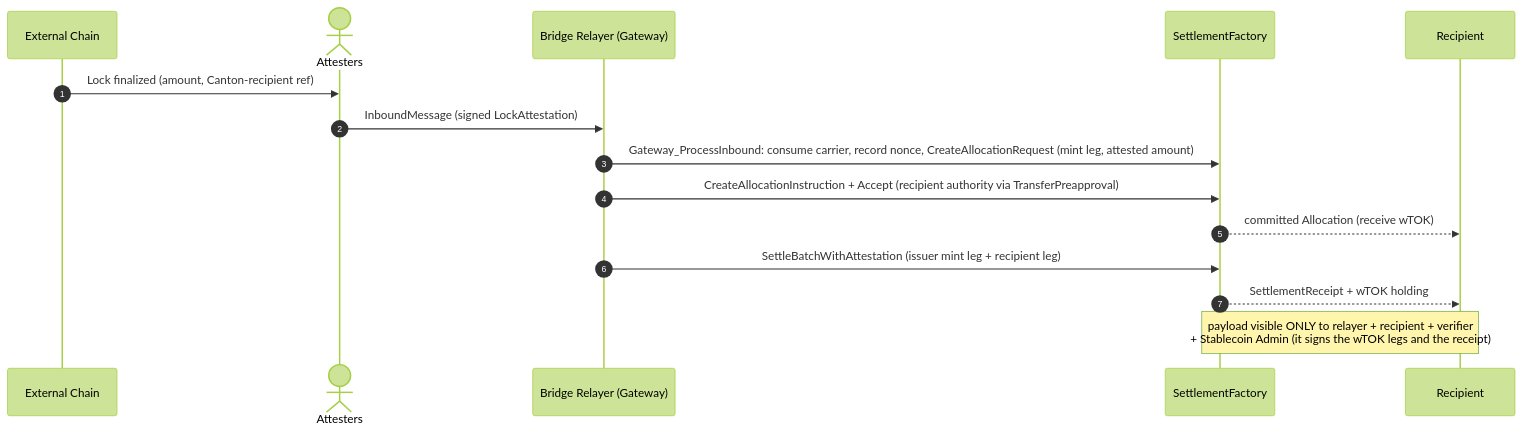
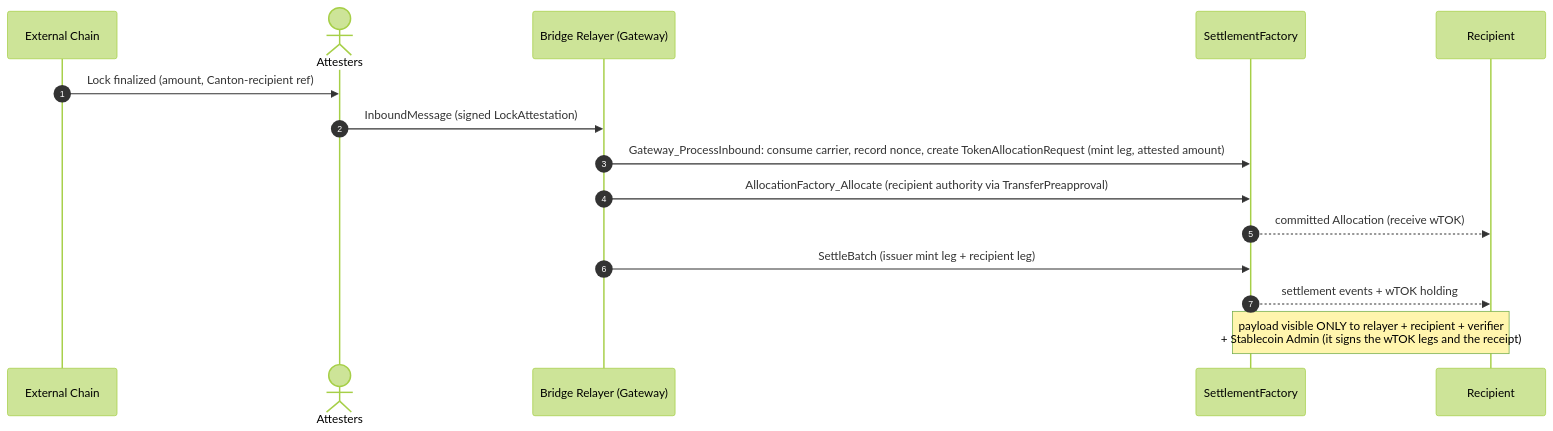
The fifth of 5 diagrams in docs/reference-architectures/cross-chain-stablecoin.md (OpenZeppelin/canton-specs), drawn with Mermaid (forest theme) before and after one commit. The commit also changed other lines of this file and 4 other files, not shown here.

````diff
--- a/docs/reference-architectures/cross-chain-stablecoin.md
+++ b/docs/reference-architectures/cross-chain-stablecoin.md
@@ -240,18 +240,18 @@
 ```mermaid
 sequenceDiagram
     autonumber
     participant Ext as External Chain
     actor Attesters
     participant Relayer as Bridge Relayer (Gateway)
     participant SettleFactory as SettlementFactory
     participant Recipient
 
     Ext->>Attesters: Lock finalized (amount, Canton-recipient ref)
     Attesters->>Relayer: InboundMessage (signed LockAttestation)
-    Relayer->>SettleFactory: Gateway_ProcessInbound: consume carrier, record nonce, CreateAllocationRequest (mint leg, attested amount)
-    Relayer->>SettleFactory: CreateAllocationInstruction + Accept (recipient authority via TransferPreapproval)
+    Relayer->>SettleFactory: Gateway_ProcessInbound: consume carrier, record nonce, create TokenAllocationRequest (mint leg, attested amount)
+    Relayer->>SettleFactory: AllocationFactory_Allocate (recipient authority via TransferPreapproval)
     SettleFactory-->>Recipient: committed Allocation (receive wTOK)
-    Relayer->>SettleFactory: SettleBatchWithAttestation (issuer mint leg + recipient leg)
-    SettleFactory-->>Recipient: SettlementReceipt + wTOK holding
+    Relayer->>SettleFactory: SettleBatch (issuer mint leg + recipient leg)
+    SettleFactory-->>Recipient: settlement events + wTOK holding
     Note over SettleFactory,Recipient: payload visible ONLY to relayer + recipient + verifier<br/>+ Stablecoin Admin (it signs the wTOK legs and the receipt);
 ```
````
